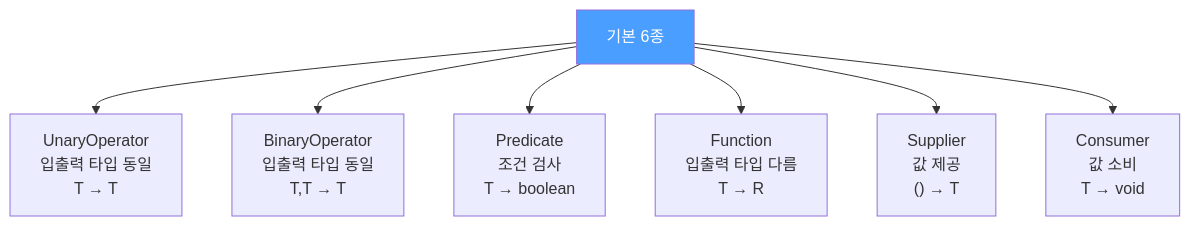
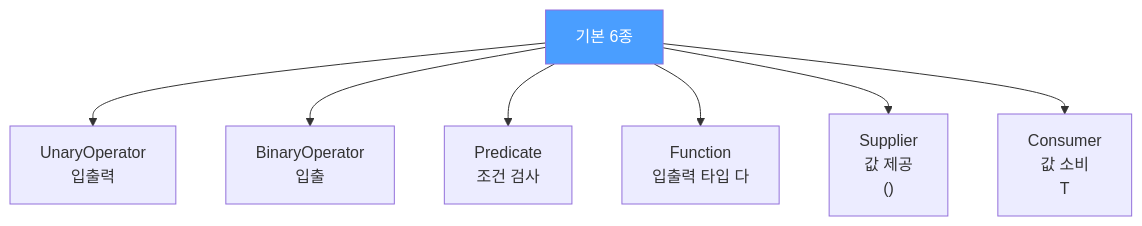
The first of 2 diagrams in _posts/java/2022-01-18-effective-java44.md (yjkim2015/yjkim2015.github.io), drawn with Mermaid before and after one commit. The commit also changed other lines of this file and 271 other files, not shown here.

First line of the commit message:
Mermaid 라벨 축소: 긴 노드 텍스트 18자 이하로 트림 + \n 제거

````diff
--- a/_posts/java/2022-01-18-effective-java44.md
+++ b/_posts/java/2022-01-18-effective-java44.md
@@ -56,10 +56,10 @@
 ```mermaid
 graph TD
-    A["기본 6종"] --> B["UnaryOperator\n입출력 타입 동일\nT → T"]
-    A --> C["BinaryOperator\n입출력 타입 동일\nT,T → T"]
-    A --> D["Predicate\n조건 검사\nT → boolean"]
-    A --> E["Function\n입출력 타입 다름\nT → R"]
-    A --> F["Supplier\n값 제공\n() → T"]
-    A --> G["Consumer\n값 소비\nT → void"]
+    A["기본 6종"] --> B["UnaryOperator\n입출력"]
+    A --> C["BinaryOperator\n입출"]
+    A --> D["Predicate\n조건 검사\n"]
+    A --> E["Function\n입출력 타입 다"]
+    A --> F["Supplier\n값 제공\n()"]
+    A --> G["Consumer\n값 소비\nT"]
     style A fill:#4a9eff,color:#fff
 ```
````
